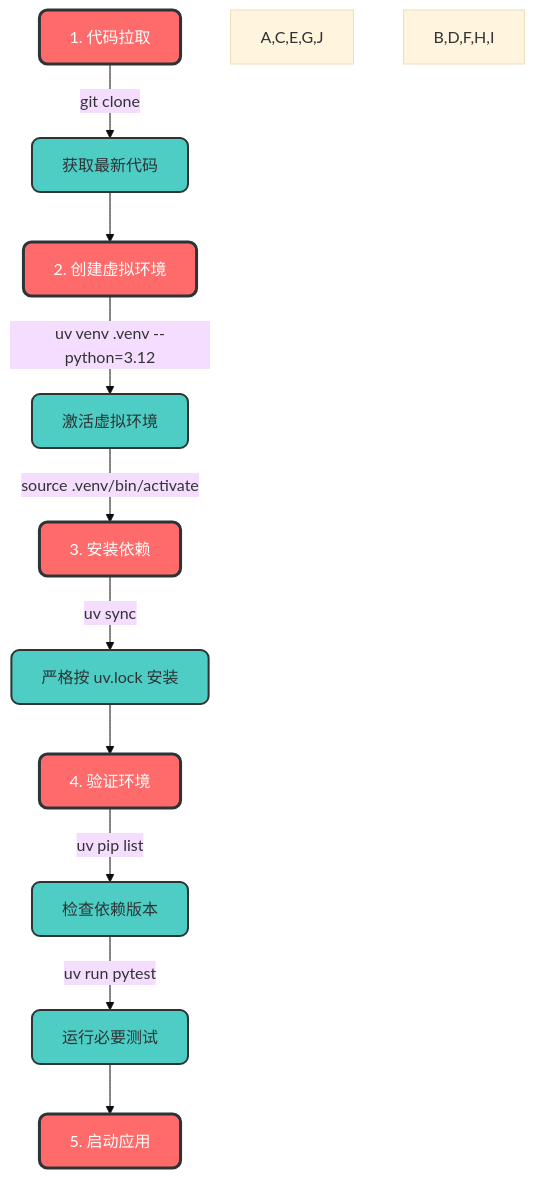
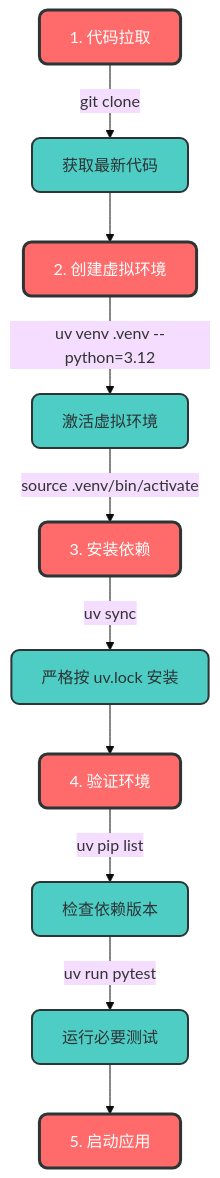
One commit to amuqiao/fastapi-enterprise-framework-template changed the seventh of 8 diagrams in docs/uv 管理 python 虚拟环境/uv 完整使用指南.md. Above: the diagram before and after it, drawn with Mermaid (base theme). The commit also changed other lines of this file, not shown here.

````diff
--- a/docs/uv 管理 python 虚拟环境/uv 完整使用指南.md
+++ b/docs/uv 管理 python 虚拟环境/uv 完整使用指南.md
@@ -300,19 +300,19 @@
 ```mermaid
 flowchart TD
     A[1. 代码拉取] -->|git clone| B[获取最新代码]
     B --> C[2. 创建虚拟环境]
     C -->|uv venv .venv --python=3.12| D[激活虚拟环境]
     D -->|source .venv/bin/activate| E[3. 安装依赖]
     E -->|uv sync| F[严格按 uv.lock 安装]
     F --> G[4. 验证环境]
     G -->|uv pip list| H[检查依赖版本]
     H -->|uv run pytest| I[运行必要测试]
     I --> J[5. 启动应用]
     
     classDef step fill:#FF6B6B,stroke:#2D3436,stroke-width:3px,color:white,rx:8,ry:8;
     classDef action fill:#4ECDC4,stroke:#2D3436,stroke-width:2px,color:#2D3436,rx:8,ry:8;
     classDef result fill:#45B7D1,stroke:#2D3436,stroke-width:2px,color:white,rx:8,ry:8;
     
-    A,C,E,G,J:::step;
-    B,D,F,H,I:::action;
+    class A,C,E,G,J step;
+    class B,D,F,H,I action;
 ```
````
